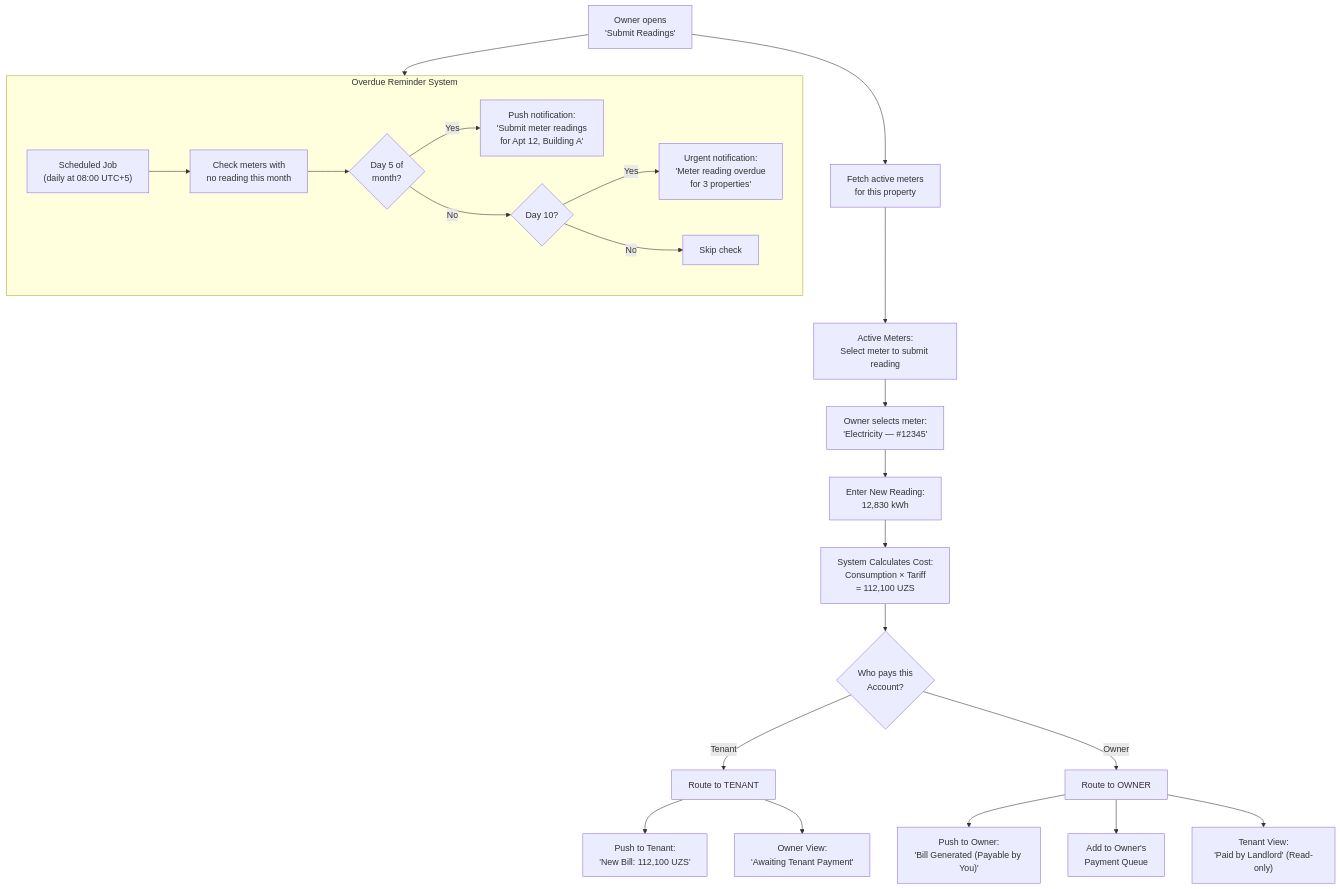
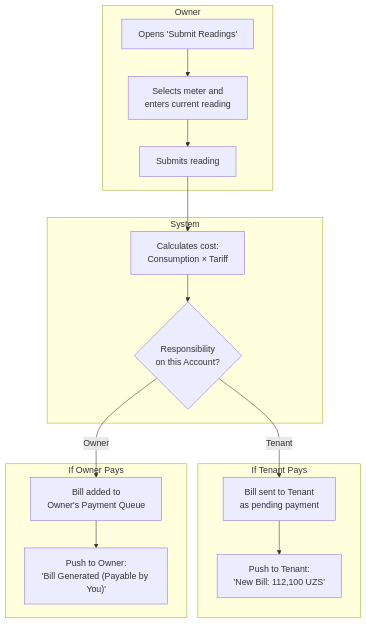
One commit to saodatm-dev/Utilities---Informational-Architecture changed the fifth of 10 diagrams in Utilities - Business Owner.md. Above: the diagram before and after it, drawn with Mermaid. The commit also changed other lines of this file and 2 other files, not shown here.

Commit message:
refactor: streamline owner bill payment to single selection and clarify meter reading submission flow.

````diff
--- a/Utilities - Business Owner.md
+++ b/Utilities - Business Owner.md
@@ -137,34 +139,21 @@
 ```mermaid
 flowchart TD
-    READINGS["Owner opens<br/>'Submit Readings'"] --> LOAD["Fetch active meters<br/>for this property"]
+    subgraph OWNER_ACTIONS ["Owner"]
+        OPEN["Opens 'Submit Readings'"] --> SELECT["Selects meter and<br/>enters current reading"] --> SUBMIT["Submits reading"]
+    end
 
-    LOAD --> METER_LIST["Active Meters:<br/>Select meter to submit reading"]
+    subgraph SYSTEM_ACTIONS ["System"]
+        SUBMIT --> CALC["Calculates cost:<br/>Consumption × Tariff"]
+        CALC --> CHECK_RESP{"Responsibility<br/>on this Account?"}
+    end
 
-    METER_LIST --> SELECT["Owner selects meter:<br/>'Electricity — #12345'"]
+    subgraph TENANT_PATH ["If Tenant Pays"]
+        CHECK_RESP -->|"Tenant"| BILL_T["Bill sent to Tenant<br/>as pending payment"]
+        BILL_T --> NOTIFY_T["Push to Tenant:<br/>'New Bill: 112,100 UZS'"]
+    end
 
-    SELECT --> INPUT["Enter New Reading:<br/>12,830 kWh"]
-
-    INPUT --> CALC["System Calculates Cost:<br/>Consumption × Tariff<br/>= 112,100 UZS"]
-
-    CALC --> CHECK_RESP{"Who pays this<br/>Account?"}
-
-    CHECK_RESP -->|"Tenant"| ROUTE_T["Route to TENANT"]
-    ROUTE_T --> NOTIFY_T["Push to Tenant:<br/>'New Bill: 112,100 UZS'"]
-    ROUTE_T --> SHOW_O["Owner View:<br/>'Awaiting Tenant Payment'"]
-
-    CHECK_RESP -->|"Owner"| ROUTE_O["Route to OWNER"]
-    ROUTE_O --> NOTIFY_O["Push to Owner:<br/>'Bill Generated (Payable by You)'"]
-    ROUTE_O --> ADD_QUEUE["Add to Owner's<br/>Payment Queue"]
-    ROUTE_O --> SHOW_T["Tenant View:<br/>'Paid by Landlord' (Read-only)"]
-
-    READINGS --> REMINDER_FLOW
-
-    subgraph REMINDER_FLOW ["Overdue Reminder System"]
-        CRON["Scheduled Job<br/>(daily at 08:00 UTC+5)"] --> CHECK["Check meters with<br/>no reading this month"]
-        CHECK --> DAY5{"Day 5 of<br/>month?"}
-        DAY5 -->|"Yes"| NOTIFY["Push notification:<br/>'Submit meter readings<br/>for Apt 12, Building A'"]
-        DAY5 -->|"No"| DAY10{"Day 10?"}
-        DAY10 -->|"Yes"| URGENT["Urgent notification:<br/>'Meter reading overdue<br/>for 3 properties'"]
-        DAY10 -->|"No"| SKIP["Skip check"]
+    subgraph OWNER_PATH ["If Owner Pays"]
+        CHECK_RESP -->|"Owner"| BILL_O["Bill added to<br/>Owner's Payment Queue"]
+        BILL_O --> NOTIFY_O["Push to Owner:<br/>'Bill Generated (Payable by You)'"]
     end
 ```
````
